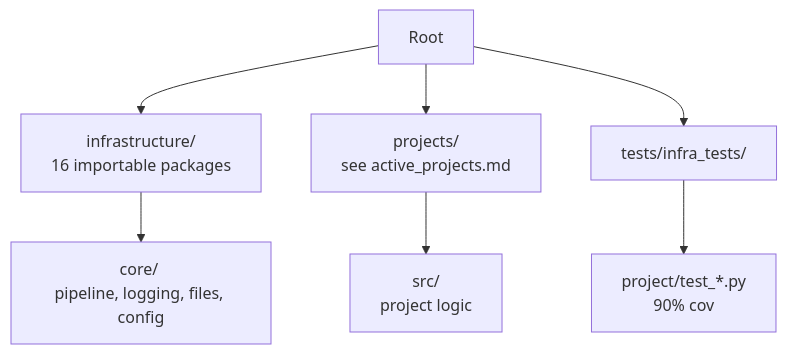
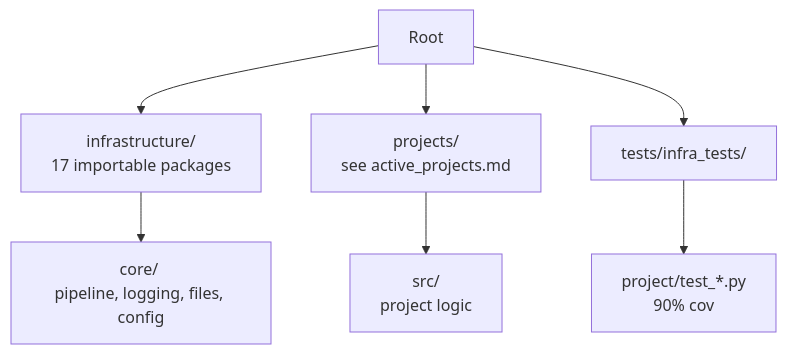
One commit to docxology/template changed the diagram in docs/_generated/canonical_facts.md. Above: the diagram before and after it, drawn with Mermaid. The commit also changed other lines of this file and 482 other files, not shown here.

````diff
--- a/docs/_generated/canonical_facts.md
+++ b/docs/_generated/canonical_facts.md
@@ -178,9 +193,9 @@
 ```mermaid
 flowchart TD
-    Root[Root] --> Infra[infrastructure/ <br/>16 importable packages]
+    Root[Root] --> Infra[infrastructure/ <br/>17 importable packages]
     Root --> Projects[projects/ <br/>see active_projects.md]
     Root --> Tests[tests/infra_tests/]
     Infra --> Core[core/ <br/>pipeline, logging, files, config]
     Projects --> Src[src/ <br/>project logic]
     Tests --> ProjectTests[project/test_*.py <br/>90% cov]
 ```
````
